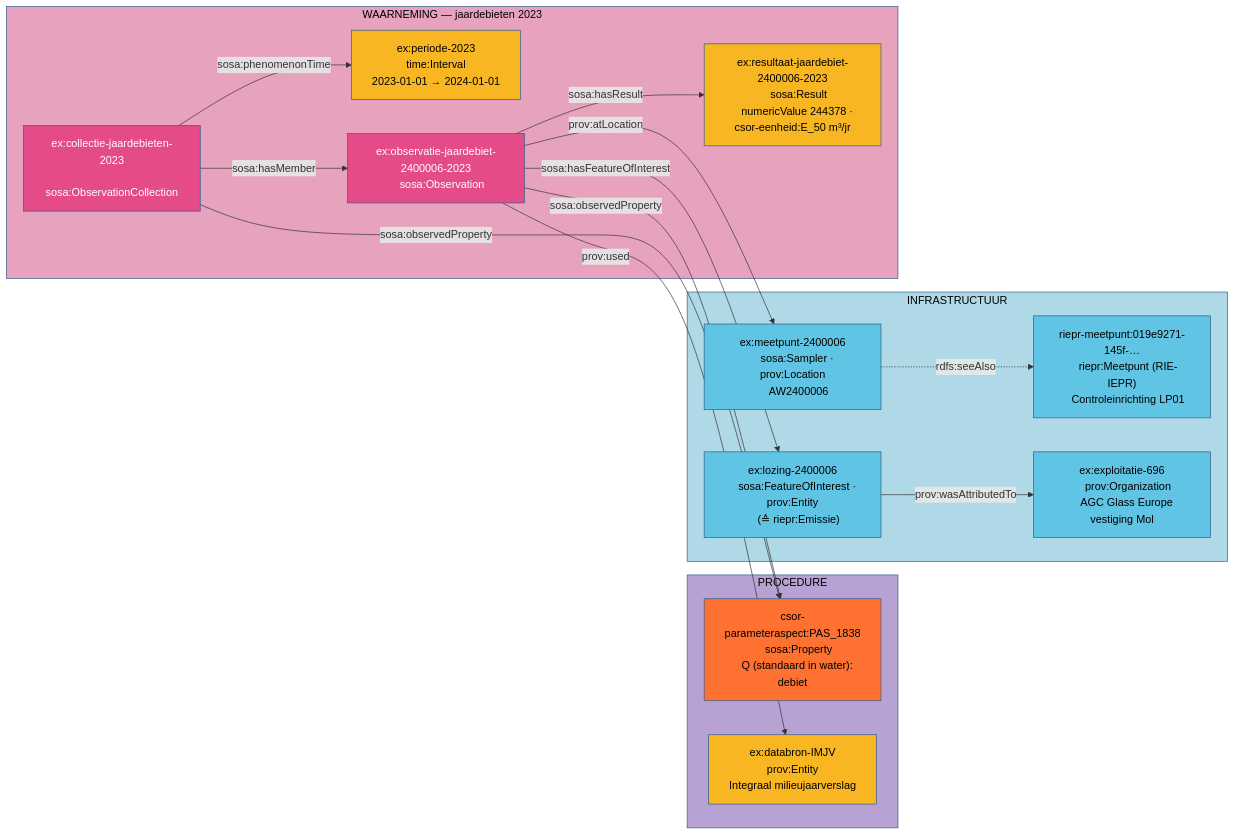
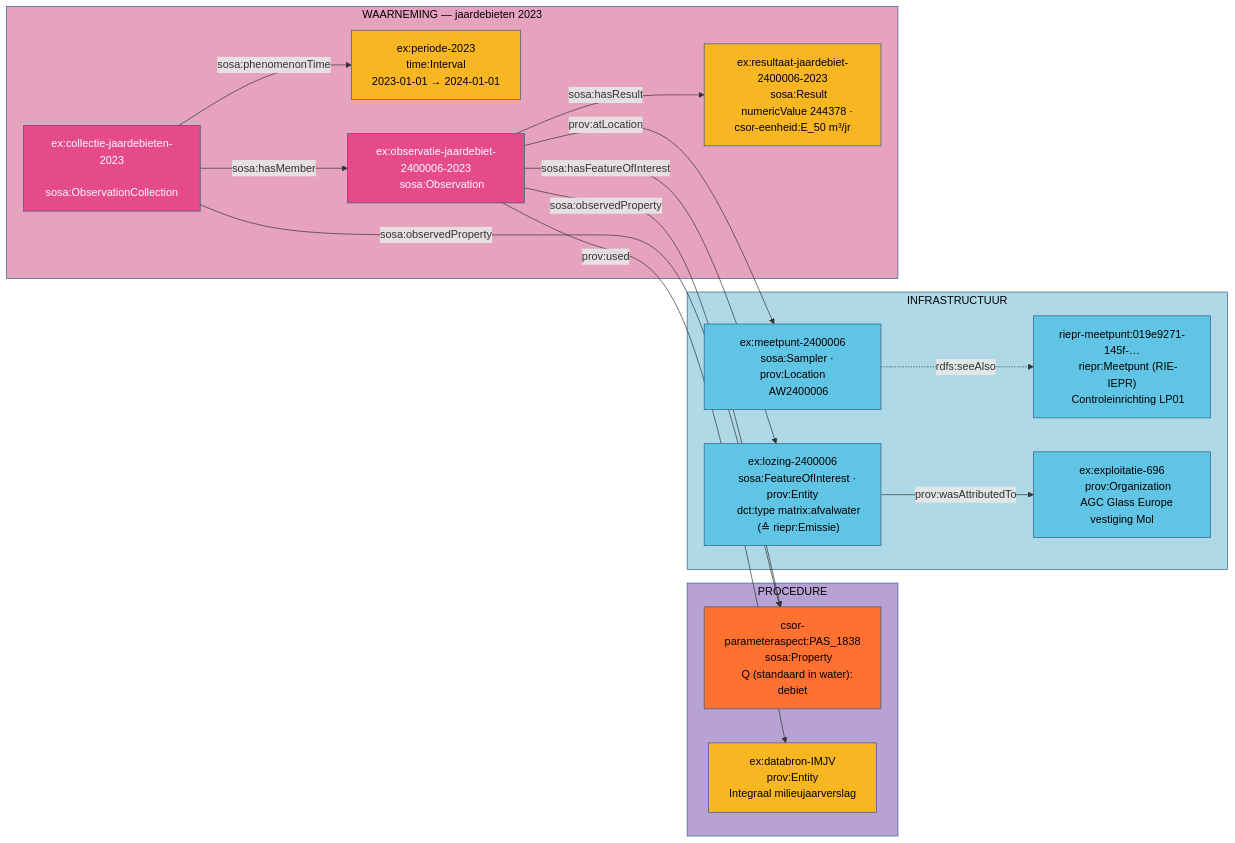
The diagram in src/main/input/waterkwaliteit/nieuw_model/afvalwater_debieten/afvalwater_debieten.mmd (Informatievlaanderen/OSLOthema-SSNSOSA-VL), drawn with Mermaid before and after one commit. The commit also changed 77 other files, not shown here.

```diff
--- a/src/main/input/waterkwaliteit/nieuw_model/afvalwater_debieten/afvalwater_debieten.mmd
+++ b/src/main/input/waterkwaliteit/nieuw_model/afvalwater_debieten/afvalwater_debieten.mmd
@@ -1,63 +1,64 @@
 flowchart LR
 
 subgraph PROC["PROCEDURE"]
     PA["csor-parameteraspect:PAS_1838
     sosa:Property
     Q (standaard in water): debiet"]
     DB["ex:databron-IMJV
     prov:Entity
     Integraal milieujaarverslag"]
 end
 
 subgraph INFRA["INFRASTRUCTUUR"]
     I1["ex:meetpunt-2400006
     sosa:Sampler · prov:Location
     AW2400006"]
     I1R["riepr-meetpunt:019e9271-145f-…
     riepr:Meetpunt (RIE-IEPR)
     Controleinrichting LP01"]
     I2["ex:lozing-2400006
     sosa:FeatureOfInterest · prov:Entity
+    dct:type matrix:afvalwater
     (≙ riepr:Emissie)"]
     I3["ex:exploitatie-696
     prov:Organization
     AGC Glass Europe vestiging Mol"]
 end
 
 subgraph WAAR["WAARNEMING — jaardebieten 2023"]
     C1["ex:collectie-jaardebieten-2023
     sosa:ObservationCollection"]
     P1["ex:periode-2023
     time:Interval
     2023-01-01 → 2024-01-01"]
     O1["ex:observatie-jaardebiet-2400006-2023
     sosa:Observation"]
     R1["ex:resultaat-jaardebiet-2400006-2023
     sosa:Result
     numericValue 244378 · csor-eenheid:E_50 m³/jr"]
 end
 
 I1 -.->|rdfs:seeAlso| I1R
 I2 -->|prov:wasAttributedTo| I3
 C1 -->|sosa:observedProperty| PA
 C1 -->|sosa:phenomenonTime| P1
 C1 -->|sosa:hasMember| O1
 O1 -->|sosa:hasFeatureOfInterest| I2
 O1 -->|sosa:observedProperty| PA
 O1 -->|prov:atLocation| I1
 O1 -->|prov:used| DB
 O1 -->|sosa:hasResult| R1
 
 style PROC fill:#b8a2d4,stroke:#2E5C8A,color:#000
 style INFRA fill:#b0d9e7,stroke:#2E5C8A,color:#000
 style WAAR fill:#e7a3be,stroke:#2E5C8A,color:#000
 style PA fill:#fe7130,stroke:#2E5C8A,color:#000
 style DB fill:#f8b622,stroke:#2E5C8A,color:#000
 style I1 fill:#60c4e4,stroke:#2E5C8A,color:#000
 style I1R fill:#60c4e4,stroke:#2E5C8A,color:#000
 style I2 fill:#60c4e4,stroke:#2E5C8A,color:#000
 style I3 fill:#60c4e4,stroke:#2E5C8A,color:#000
 style C1 fill:#e54b89,stroke:#2E5C8A,color:#fff
 style P1 fill:#f8b622,stroke:#2E5C8A,color:#000
 style O1 fill:#e54b89,stroke:#2E5C8A,color:#fff
 style R1 fill:#f8b622,stroke:#2E5C8A,color:#000
```
